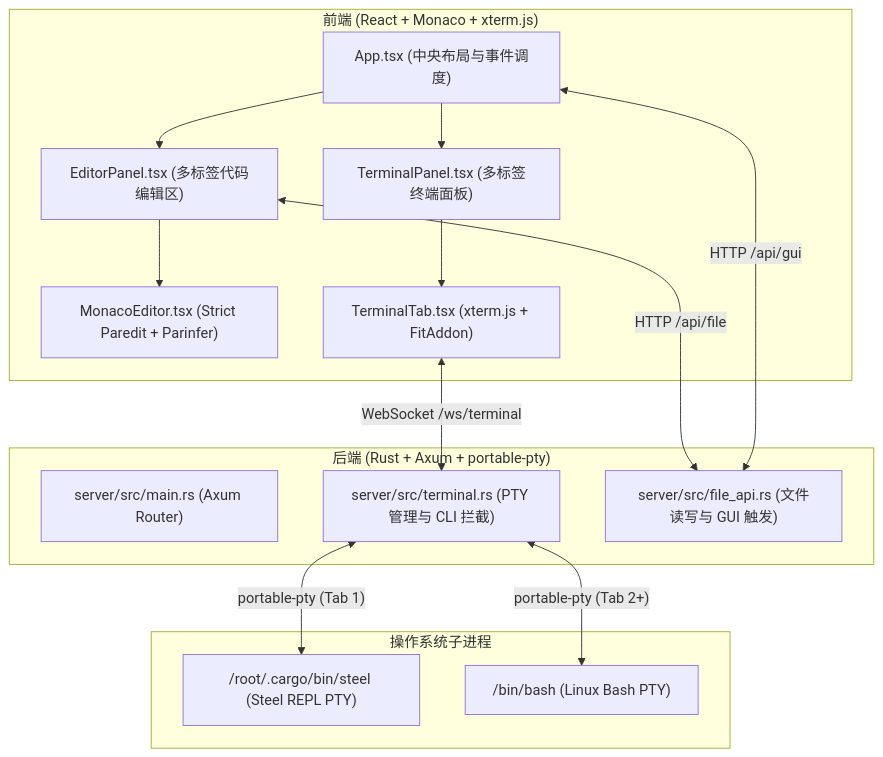
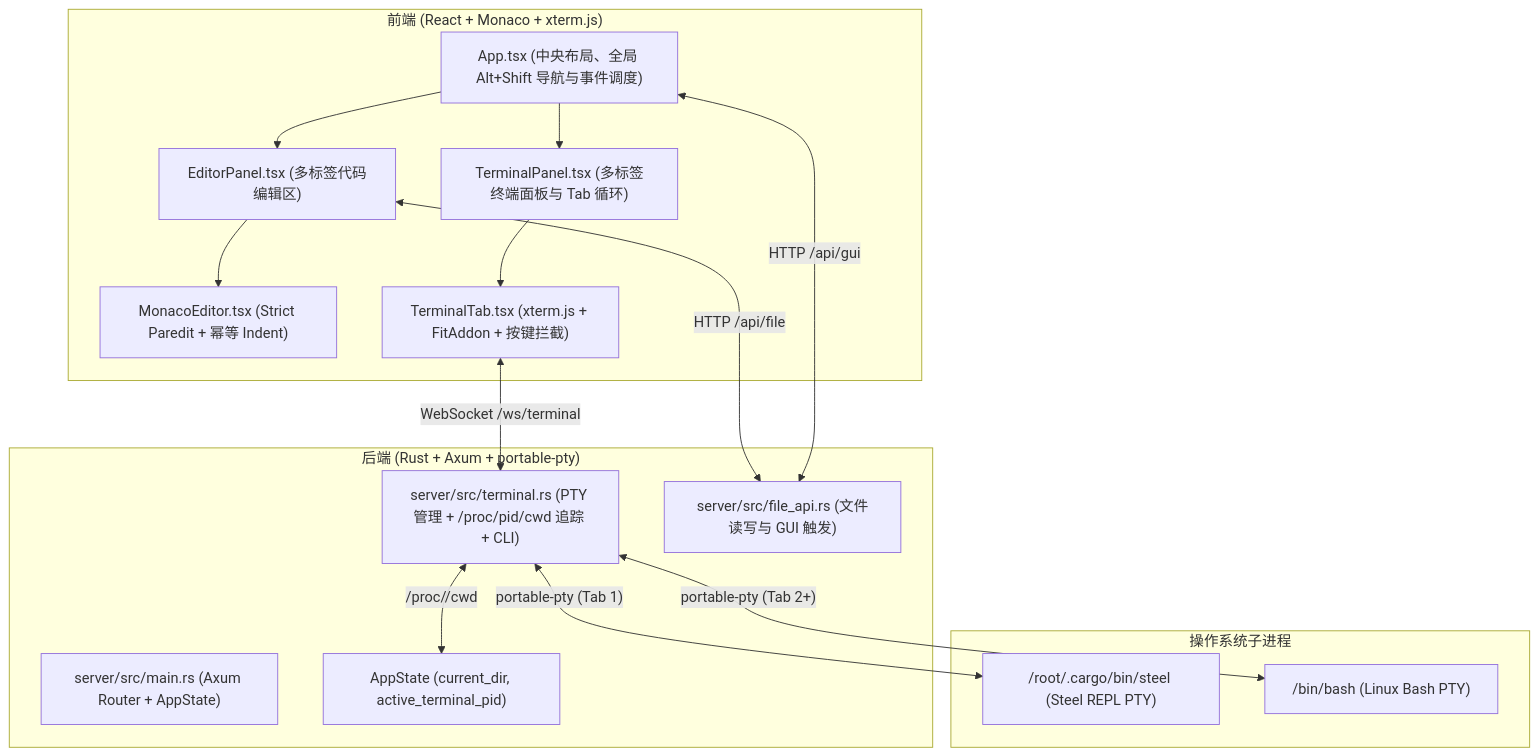
One commit to ouut/scheme_edit changed the first of 2 diagrams in docs/terminal_ide_architecture.md. Above: the diagram before and after it, drawn with Mermaid. The commit also changed other lines of this file and 3 other files, not shown here.

Commit message:
docs: synchronize all documentation with Alt+Shift navigation, CWD persistence, gui CLI and idempotent indent

````diff
--- a/docs/terminal_ide_architecture.md
+++ b/docs/terminal_ide_architecture.md
@@ -25,33 +35,35 @@
 ```mermaid
 flowchart TD
     subgraph Frontend["前端 (React + Monaco + xterm.js)"]
-        App["App.tsx (中央布局与事件调度)"]
+        App["App.tsx (中央布局、全局 Alt+Shift 导航与事件调度)"]
         EditorPanel["EditorPanel.tsx (多标签代码编辑区)"]
-        Monaco["MonacoEditor.tsx (Strict Paredit + Parinfer)"]
-        TerminalPanel["TerminalPanel.tsx (多标签终端面板)"]
-        TerminalTab["TerminalTab.tsx (xterm.js + FitAddon)"]
+        Monaco["MonacoEditor.tsx (Strict Paredit + 幂等 Indent)"]
+        TerminalPanel["TerminalPanel.tsx (多标签终端面板与 Tab 循环)"]
+        TerminalTab["TerminalTab.tsx (xterm.js + FitAddon + 按键拦截)"]
     end
 
     subgraph Backend["后端 (Rust + Axum + portable-pty)"]
-        ServerMain["server/src/main.rs (Axum Router)"]
-        TerminalMgr["server/src/terminal.rs (PTY 管理与 CLI 拦截)"]
+        ServerMain["server/src/main.rs (Axum Router + AppState)"]
+        TerminalMgr["server/src/terminal.rs (PTY 管理 + /proc/pid/cwd 追踪 + CLI)"]
         FileApi["server/src/file_api.rs (文件读写与 GUI 触发)"]
+        AppStateMem["AppState (current_dir, active_terminal_pid)"]
     end
 
     subgraph Subprocesses["操作系统子进程"]
         SteelPTY["/root/.cargo/bin/steel (Steel REPL PTY)"]
         BashPTY["/bin/bash (Linux Bash PTY)"]
     end
 
     EditorPanel --> Monaco
     TerminalPanel --> TerminalTab
     App --> EditorPanel
     App --> TerminalPanel
 
     TerminalTab <-->|"WebSocket /ws/terminal"| TerminalMgr
     EditorPanel <-->|"HTTP /api/file"| FileApi
     App <-->|"HTTP /api/gui"| FileApi
 
     TerminalMgr <-->|"portable-pty (Tab 1)"| SteelPTY
     TerminalMgr <-->|"portable-pty (Tab 2+)"| BashPTY
+    TerminalMgr <-->|"/proc/<pid>/cwd"| AppStateMem
 ```
````
